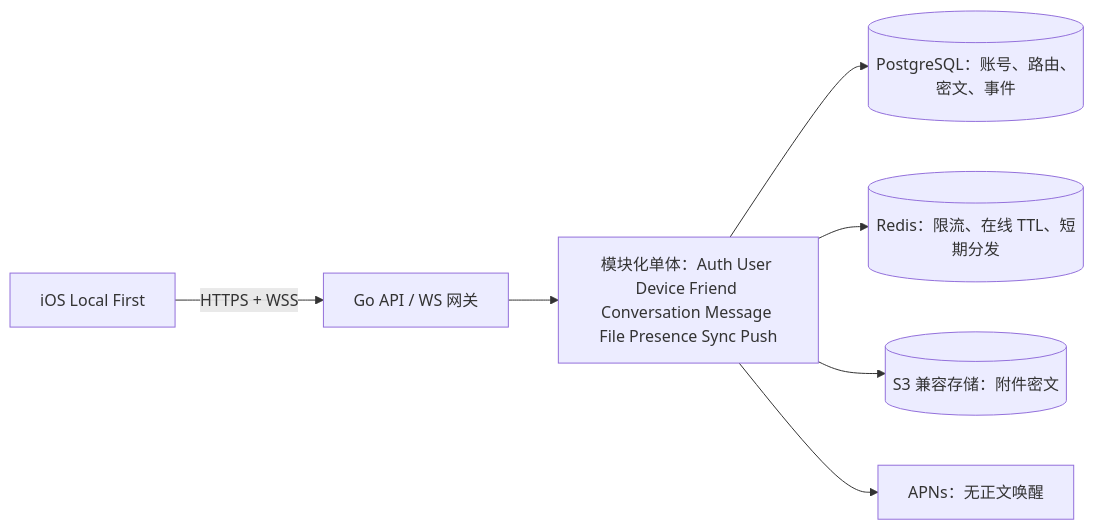
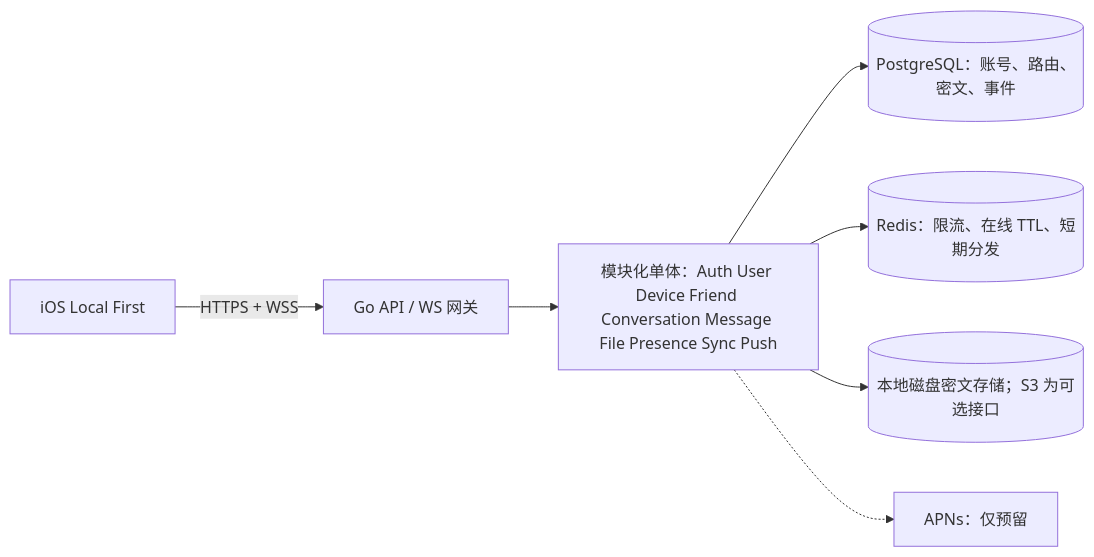
The diagram in Documentation/Backend/Backend_Architecture.md (koajsj/luma), drawn with Mermaid before and after one commit. The commit also changed other lines of this file and 16 other files, not shown here.

````diff
--- a/Documentation/Backend/Backend_Architecture.md
+++ b/Documentation/Backend/Backend_Architecture.md
@@ -5,9 +5,9 @@
 ```mermaid
 flowchart LR
     A[iOS Local First] -->|HTTPS + WSS| G[Go API / WS 网关]
     G --> M[模块化单体：Auth User Device Friend Conversation Message File Presence Sync Push]
     M --> P[(PostgreSQL：账号、路由、密文、事件)]
     M --> R[(Redis：限流、在线 TTL、短期分发)]
-    M --> S[(S3 兼容存储：附件密文)]
-    M --> N[APNs：无正文唤醒]
+    M --> S[(本地磁盘密文存储；S3 为可选接口)]
+    M -.-> N[APNs：仅预留]
 ```
````
